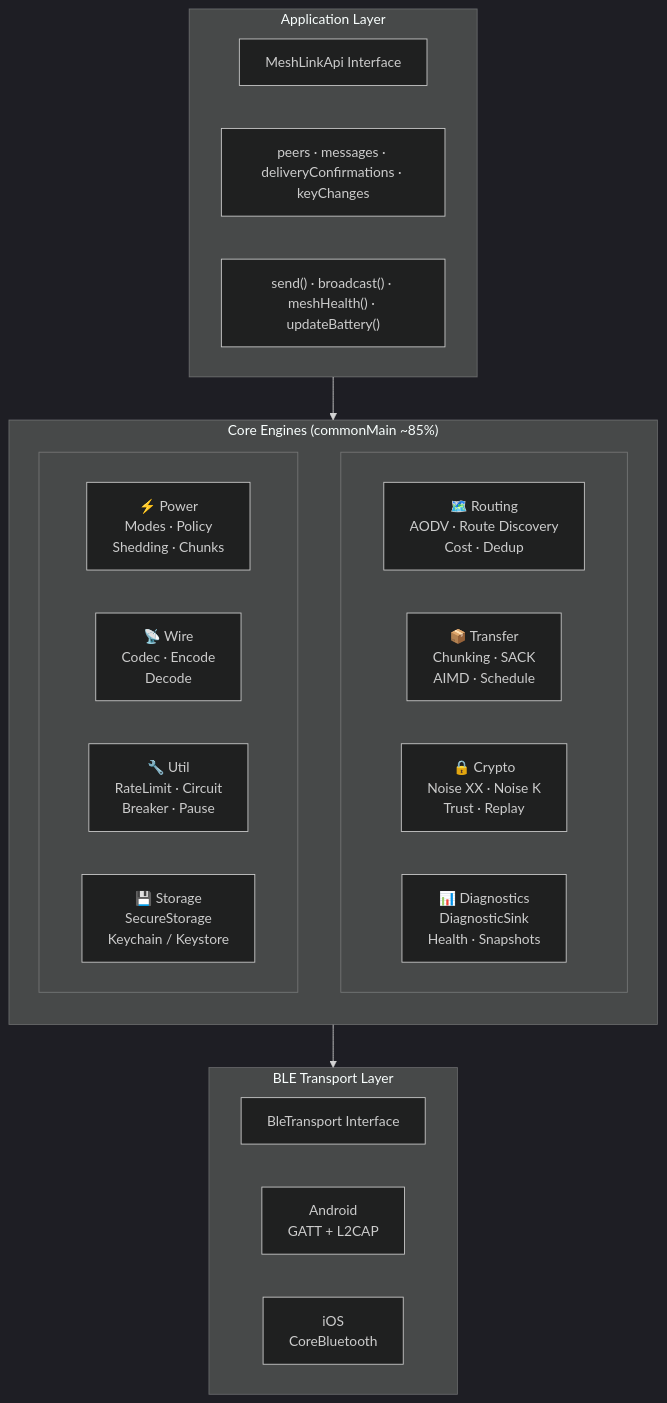
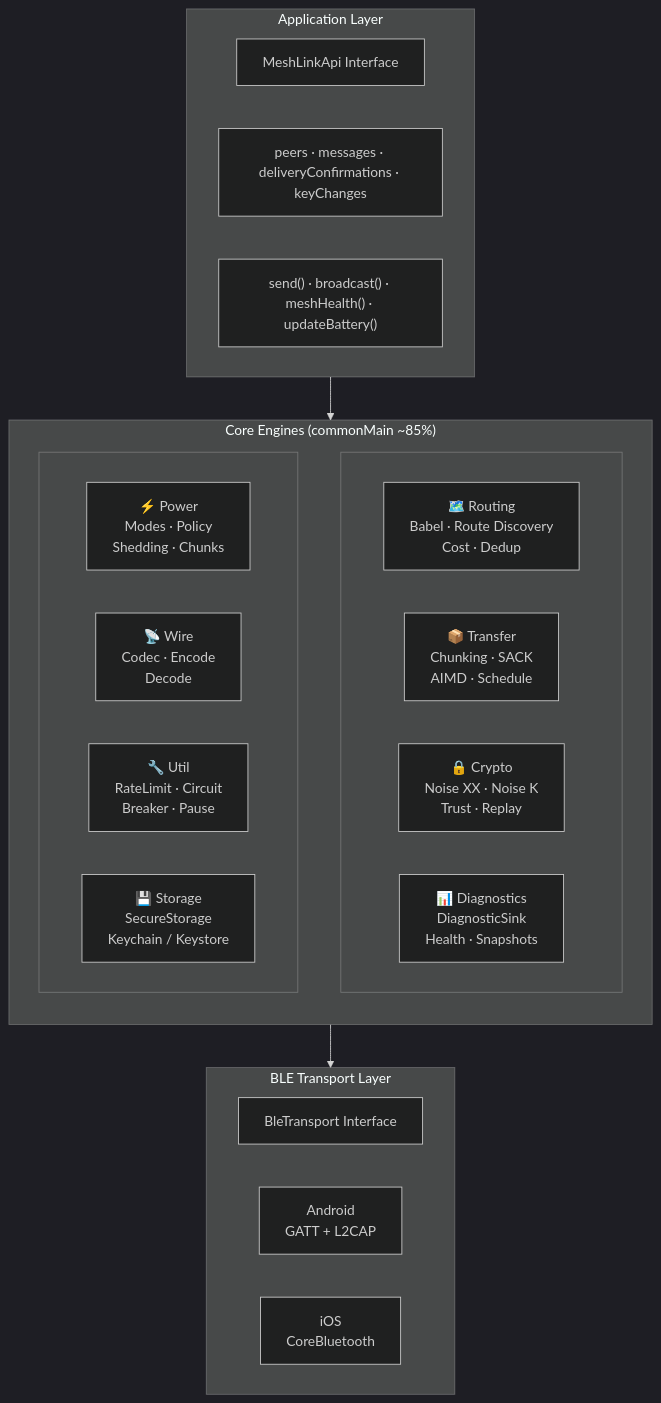
One commit to trancee/MeshLink changed the first of 18 diagrams in docs/design.md. Above: the diagram before and after it, drawn with Mermaid (dark theme). The commit also changed other lines of this file and 5 other files, not shown here.

Commit message:
feat: Update documentation to reflect Babel protocol changes in routing and message formats

````diff
--- a/docs/design.md
+++ b/docs/design.md
@@ -103,36 +103,36 @@
 ```mermaid
 flowchart TD
     subgraph App["Application Layer"]
         direction LR
         API["MeshLinkApi Interface"]
         Flows["peers · messages · deliveryConfirmations · keyChanges"]
         Methods["send() · broadcast() · meshHealth() · updateBattery()"]
     end
 
     subgraph Core["Core Engines (commonMain ~85%)"]
         direction TB
         subgraph Row1[" "]
             direction LR
-            Routing["🗺️ Routing<br/>AODV · Route Discovery<br/>Cost · Dedup"]
+            Routing["🗺️ Routing<br/>Babel · Route Discovery<br/>Cost · Dedup"]
             Transfer["📦 Transfer<br/>Chunking · SACK<br/>AIMD · Schedule"]
             Crypto["🔒 Crypto<br/>Noise XX · Noise K<br/>Trust · Replay"]
             Diag["📊 Diagnostics<br/>DiagnosticSink<br/>Health · Snapshots"]
         end
         subgraph Row2[" "]
             direction LR
             Power["⚡ Power<br/>Modes · Policy<br/>Shedding · Chunks"]
             Wire["📡 Wire<br/>Codec · Encode<br/>Decode"]
             Util["🔧 Util<br/>RateLimit · Circuit<br/>Breaker · Pause"]
             Storage["💾 Storage<br/>SecureStorage<br/>Keychain / Keystore"]
         end
     end
 
     subgraph Transport["BLE Transport Layer"]
         direction LR
         BleAPI["BleTransport Interface"]
         Android["Android<br/>GATT + L2CAP"]
         iOS["iOS<br/>CoreBluetooth"]
     end
 
     App --> Core --> Transport
 ```
````
